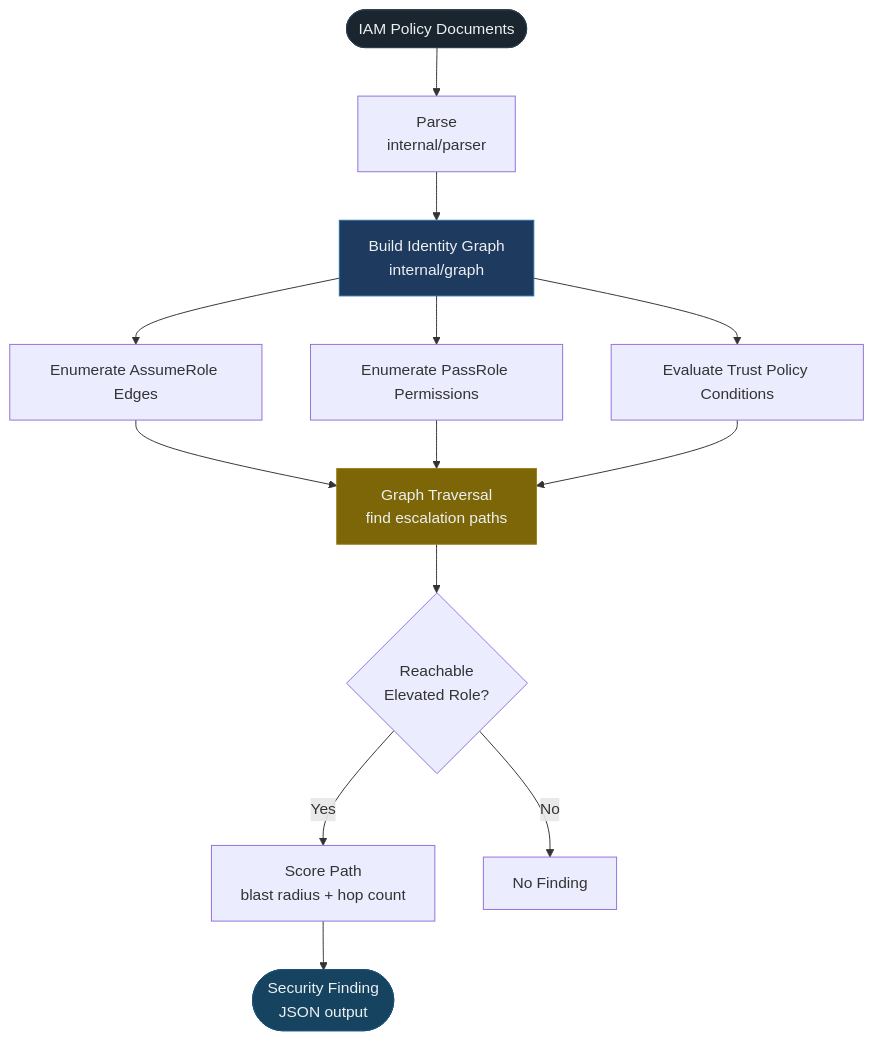
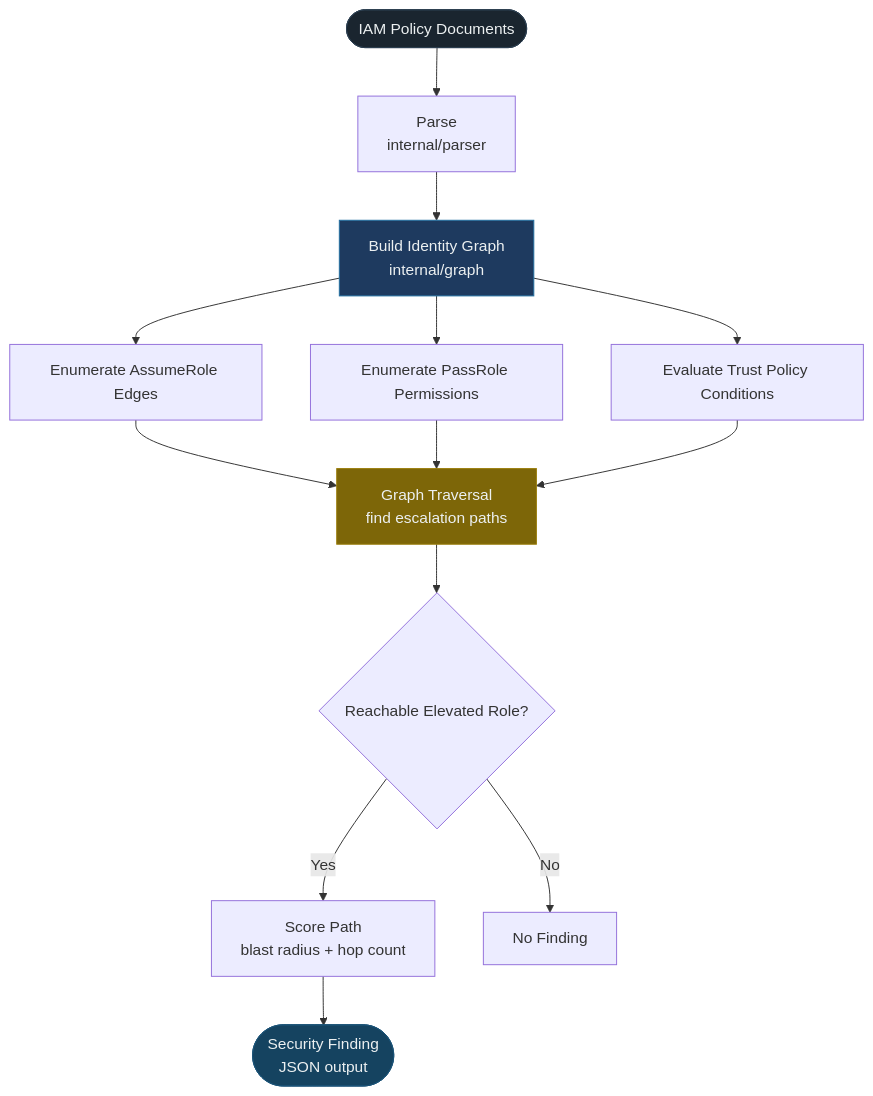
Before and after one commit to EmmanuelAdesina/cloud-identity-security-engineering: the second of 4 diagrams in README.md, drawn with Mermaid. The commit also changed other lines of this file, not shown here.

````diff
--- a/README.md
+++ b/README.md
@@ -129,23 +109,25 @@
 ```mermaid
 flowchart TD
     A([IAM Policy Documents]) --> B["Parse\ninternal/parser"]
     B --> C["Build Identity Graph\ninternal/graph"]
 
     C --> D["Enumerate AssumeRole Edges"]
     C --> E["Enumerate PassRole Permissions"]
     C --> F["Evaluate Trust Policy Conditions"]
 
-    D & E & F --> G["Graph Traversal\nfind escalation paths"]
+    D --> G["Graph Traversal\nfind escalation paths"]
+    E --> G
+    F --> G
 
-    G --> H{"Reachable\nElevated Role?"}
+    G --> H{"Reachable Elevated Role?"}
 
-    H -- Yes --> I["Score Path\nblast radius + hop count"]
-    H -- No  --> J["No Finding"]
+    H -->|Yes| I["Score Path\nblast radius + hop count"]
+    H -->|No| J["No Finding"]
 
     I --> K(["Security Finding\nJSON output"])
 
     style A fill:#1a252f,color:#ecf0f1,stroke:#2c3e50
     style C fill:#1e3a5f,color:#ecf0f1,stroke:#2471a3
     style G fill:#7d6608,color:#ecf0f1,stroke:#9a7d0a
     style K fill:#154360,color:#ecf0f1,stroke:#1a5276
 ```
````
